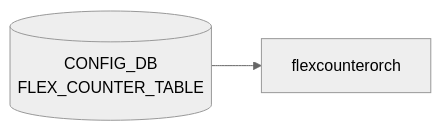
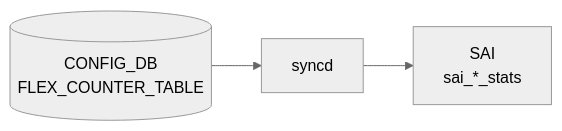
The diagram in docs/reference/config-db/flex-counter-table.md (aoki-taquan/sonic-unofficial-docs), drawn with Mermaid (neutral theme) before and after one commit. The commit also changed 16 other files, not shown here.

First line of the commit message:
chore(cdb-mermaid): add fallback dict for 27 unmapped tables → 121/121

````diff
--- a/docs/reference/config-db/flex-counter-table.md
+++ b/docs/reference/config-db/flex-counter-table.md
@@ -30,6 +30,8 @@
 ```mermaid
 flowchart LR
   CDB[("CONFIG_DB<br/>FLEX_COUNTER_TABLE")]
-  DM["flexcounterorch"]
+  DM["syncd"]
   CDB --> DM
+  SAI["SAI<br/>sai_*_stats"]
+  DM --> SAI
 ```
````
